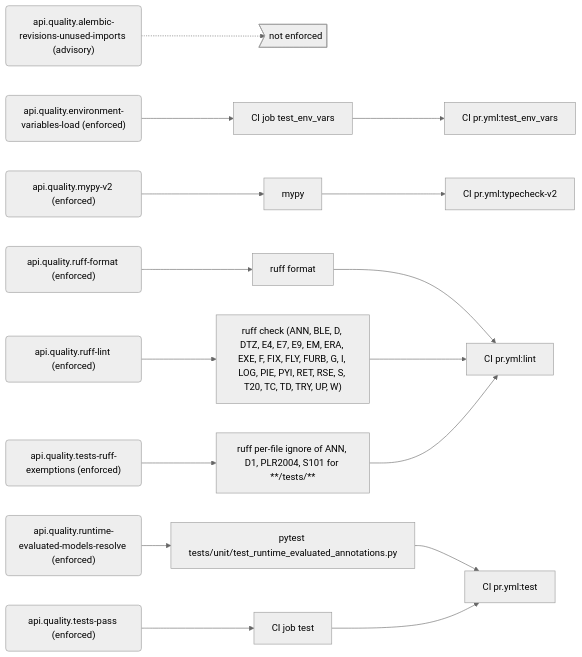
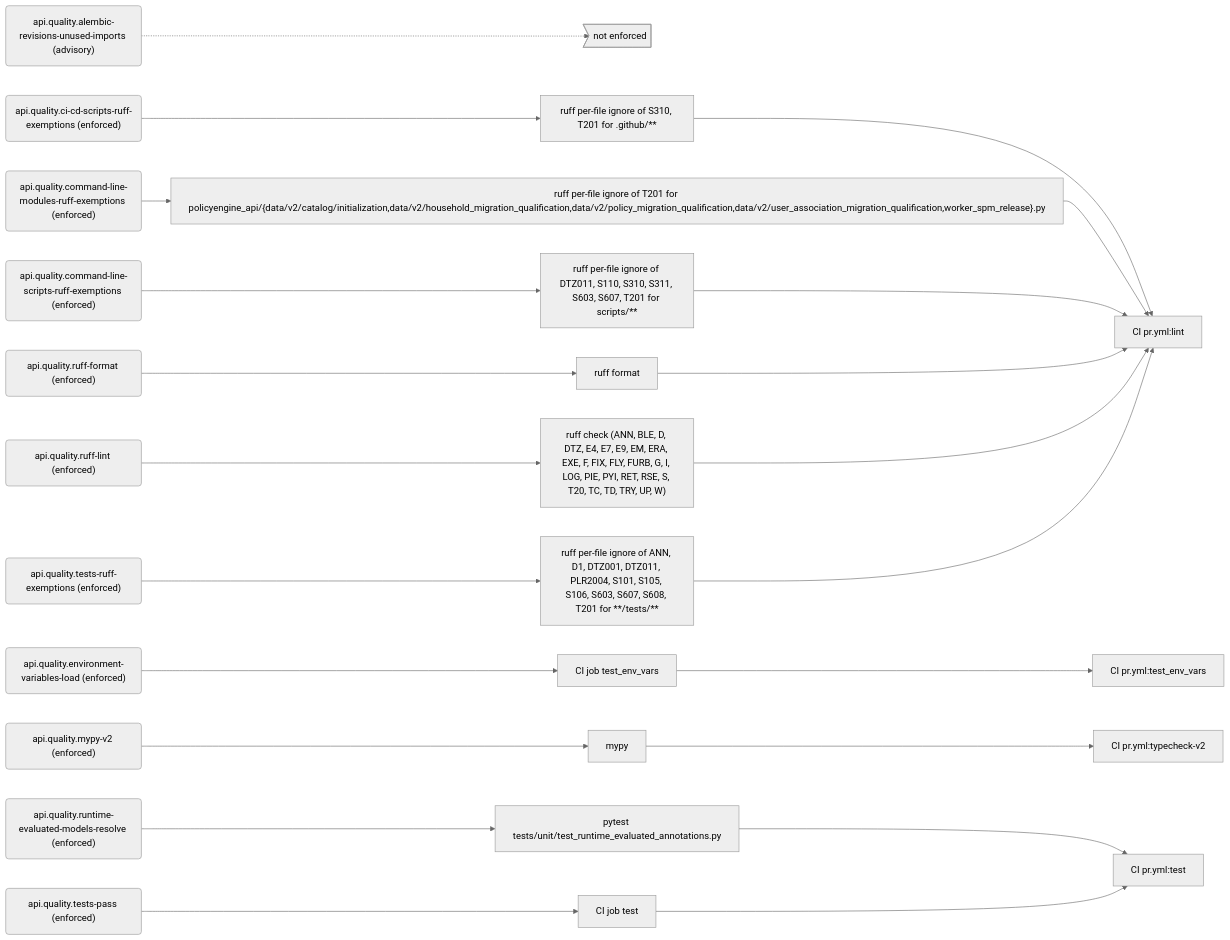
The sixth of 9 diagrams in docs/generated/rules.md (PolicyEngine/policyengine-api), drawn with Mermaid (neutral theme) before and after one commit. The commit also changed other lines of this file and 56 other files, not shown here.

````diff
--- a/docs/generated/rules.md
+++ b/docs/generated/rules.md
@@ -280,38 +283,50 @@
 ```mermaid
 flowchart LR
   r_api_quality_alembic_revisions_unused_imports("api.quality.alembic-revisions-unused-imports (advisory)")
   gap_unenforced>"not enforced"]
+  r_api_quality_ci_cd_scripts_ruff_exemptions("api.quality.ci-cd-scripts-ruff-exemptions (enforced)")
+  e_ruff_per_file_ignore_of_S310__T201_for__github___["ruff per-file ignore of S310, T201 for .github/**"]
+  j_CI_pr_yml_lint["CI pr.yml:lint"]
+  r_api_quality_command_line_modules_ruff_exemptions("api.quality.command-line-modules-ruff-exemptions (enforced)")
+  e_ruff_per_file_ignore_of_T201_for_policyengine_api__data_v2_catalog_initialization_data_v2_household_migration_qualification_data_v2_policy_migration_qualification_data_v2_user_association_migration_qualification_worker_spm_release__py["ruff per-file ignore of T201 for policyengine_api/{data/v2/catalog/initialization,data/v2/household_migration_qualification,data/v2/policy_migration_qualification,data/v2/user_association_migration_qualification,worker_spm_release}.py"]
+  r_api_quality_command_line_scripts_ruff_exemptions("api.quality.command-line-scripts-ruff-exemptions (enforced)")
+  e_ruff_per_file_ignore_of_DTZ011__S110__S310__S311__S603__S607__T201_for_scripts___["ruff per-file ignore of DTZ011, S110, S310, S311, S603, S607, T201 for scripts/**"]
   r_api_quality_environment_variables_load("api.quality.environment-variables-load (enforced)")
   e_CI_job_test_env_vars["CI job test_env_vars"]
   j_CI_pr_yml_test_env_vars["CI pr.yml:test_env_vars"]
   r_api_quality_mypy_v2("api.quality.mypy-v2 (enforced)")
   e_mypy["mypy"]
   j_CI_pr_yml_typecheck_v2["CI pr.yml:typecheck-v2"]
   r_api_quality_ruff_format("api.quality.ruff-format (enforced)")
   e_ruff_format["ruff format"]
-  j_CI_pr_yml_lint["CI pr.yml:lint"]
   r_api_quality_ruff_lint("api.quality.ruff-lint (enforced)")
   e_ruff_check__ANN__BLE__D__DTZ__E4__E7__E9__EM__ERA__EXE__F__FIX__FLY__FURB__G__I__LOG__PIE__PYI__RET__RSE__S__T20__TC__TD__TRY__UP__W_["ruff check (ANN, BLE, D, DTZ, E4, E7, E9, EM, ERA, EXE, F, FIX, FLY, FURB, G, I, LOG, PIE, PYI, RET, RSE, S, T20, TC, TD, TRY, UP, W)"]
   r_api_quality_runtime_evaluated_models_resolve("api.quality.runtime-evaluated-models-resolve (enforced)")
   e_pytest_tests_unit_test_runtime_evaluated_annotations_py["pytest tests/unit/test_runtime_evaluated_annotations.py"]
   j_CI_pr_yml_test["CI pr.yml:test"]
   r_api_quality_tests_pass("api.quality.tests-pass (enforced)")
   e_CI_job_test["CI job test"]
   r_api_quality_tests_ruff_exemptions("api.quality.tests-ruff-exemptions (enforced)")
-  e_ruff_per_file_ignore_of_ANN__D1__PLR2004__S101_for____tests___["ruff per-file ignore of ANN, D1, PLR2004, S101 for **/tests/**"]
+  e_ruff_per_file_ignore_of_ANN__D1__DTZ001__DTZ011__PLR2004__S101__S105__S106__S603__S607__S608__T201_for____tests___["ruff per-file ignore of ANN, D1, DTZ001, DTZ011, PLR2004, S101, S105, S106, S603, S607, S608, T201 for **/tests/**"]
   r_api_quality_alembic_revisions_unused_imports -.-> gap_unenforced
+  r_api_quality_ci_cd_scripts_ruff_exemptions --> e_ruff_per_file_ignore_of_S310__T201_for__github___
+  e_ruff_per_file_ignore_of_S310__T201_for__github___ --> j_CI_pr_yml_lint
+  r_api_quality_command_line_modules_ruff_exemptions --> e_ruff_per_file_ignore_of_T201_for_policyengine_api__data_v2_catalog_initialization_data_v2_household_migration_qualification_data_v2_policy_migration_qualification_data_v2_user_association_migration_qualification_worker_spm_release__py
+  e_ruff_per_file_ignore_of_T201_for_policyengine_api__data_v2_catalog_initialization_data_v2_household_migration_qualification_data_v2_policy_migration_qualification_data_v2_user_association_migration_qualification_worker_spm_release__py --> j_CI_pr_yml_lint
+  r_api_quality_command_line_scripts_ruff_exemptions --> e_ruff_per_file_ignore_of_DTZ011__S110__S310__S311__S603__S607__T201_for_scripts___
+  e_ruff_per_file_ignore_of_DTZ011__S110__S310__S311__S603__S607__T201_for_scripts___ --> j_CI_pr_yml_lint
   r_api_quality_environment_variables_load --> e_CI_job_test_env_vars
   e_CI_job_test_env_vars --> j_CI_pr_yml_test_env_vars
   r_api_quality_mypy_v2 --> e_mypy
   e_mypy --> j_CI_pr_yml_typecheck_v2
   r_api_quality_ruff_format --> e_ruff_format
   e_ruff_format --> j_CI_pr_yml_lint
   r_api_quality_ruff_lint --> e_ruff_check__ANN__BLE__D__DTZ__E4__E7__E9__EM__ERA__EXE__F__FIX__FLY__FURB__G__I__LOG__PIE__PYI__RET__RSE__S__T20__TC__TD__TRY__UP__W_
   e_ruff_check__ANN__BLE__D__DTZ__E4__E7__E9__EM__ERA__EXE__F__FIX__FLY__FURB__G__I__LOG__PIE__PYI__RET__RSE__S__T20__TC__TD__TRY__UP__W_ --> j_CI_pr_yml_lint
   r_api_quality_runtime_evaluated_models_resolve --> e_pytest_tests_unit_test_runtime_evaluated_annotations_py
   e_pytest_tests_unit_test_runtime_evaluated_annotations_py --> j_CI_pr_yml_test
   r_api_quality_tests_pass --> e_CI_job_test
   e_CI_job_test --> j_CI_pr_yml_test
-  r_api_quality_tests_ruff_exemptions --> e_ruff_per_file_ignore_of_ANN__D1__PLR2004__S101_for____tests___
-  e_ruff_per_file_ignore_of_ANN__D1__PLR2004__S101_for____tests___ --> j_CI_pr_yml_lint
+  r_api_quality_tests_ruff_exemptions --> e_ruff_per_file_ignore_of_ANN__D1__DTZ001__DTZ011__PLR2004__S101__S105__S106__S603__S607__S608__T201_for____tests___
+  e_ruff_per_file_ignore_of_ANN__D1__DTZ001__DTZ011__PLR2004__S101__S105__S106__S603__S607__S608__T201_for____tests___ --> j_CI_pr_yml_lint
 ```
````
